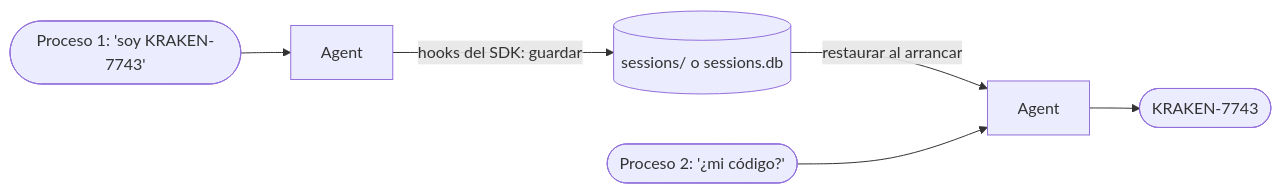
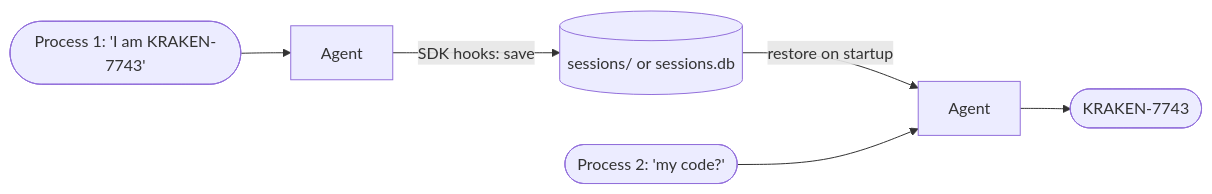
The diagram in strands-agents/09-persistent-session-agent/README.md (eider404/agent-architectures), drawn with Mermaid before and after one commit. The commit also changed other lines of this file and 13 other files, not shown here.

````diff
--- a/strands-agents/09-persistent-session-agent/README.md
+++ b/strands-agents/09-persistent-session-agent/README.md
@@ -13,8 +13,8 @@
 ```mermaid
 flowchart LR
-    P1(["Proceso 1: 'soy KRAKEN-7743'"]) --> A1["Agent"]
-    A1 -->|"hooks del SDK: guardar"| S[("sessions/ o sessions.db")]
-    S -->|"restaurar al arrancar"| A2["Agent"]
-    P2(["Proceso 2: '¿mi código?'"]) --> A2
+    P1(["Process 1: 'I am KRAKEN-7743'"]) --> A1["Agent"]
+    A1 -->|"SDK hooks: save"| S[("sessions/ or sessions.db")]
+    S -->|"restore on startup"| A2["Agent"]
+    P2(["Process 2: 'my code?'"]) --> A2
     A2 --> R(["KRAKEN-7743"])
 ```
````
